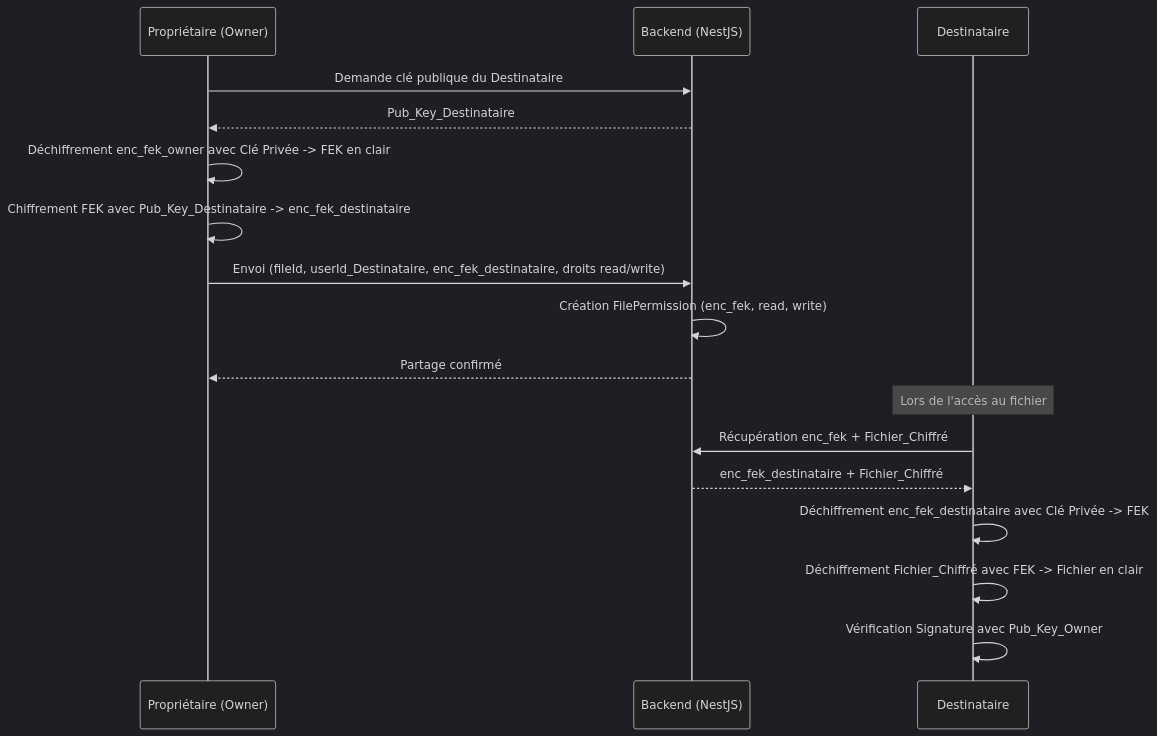
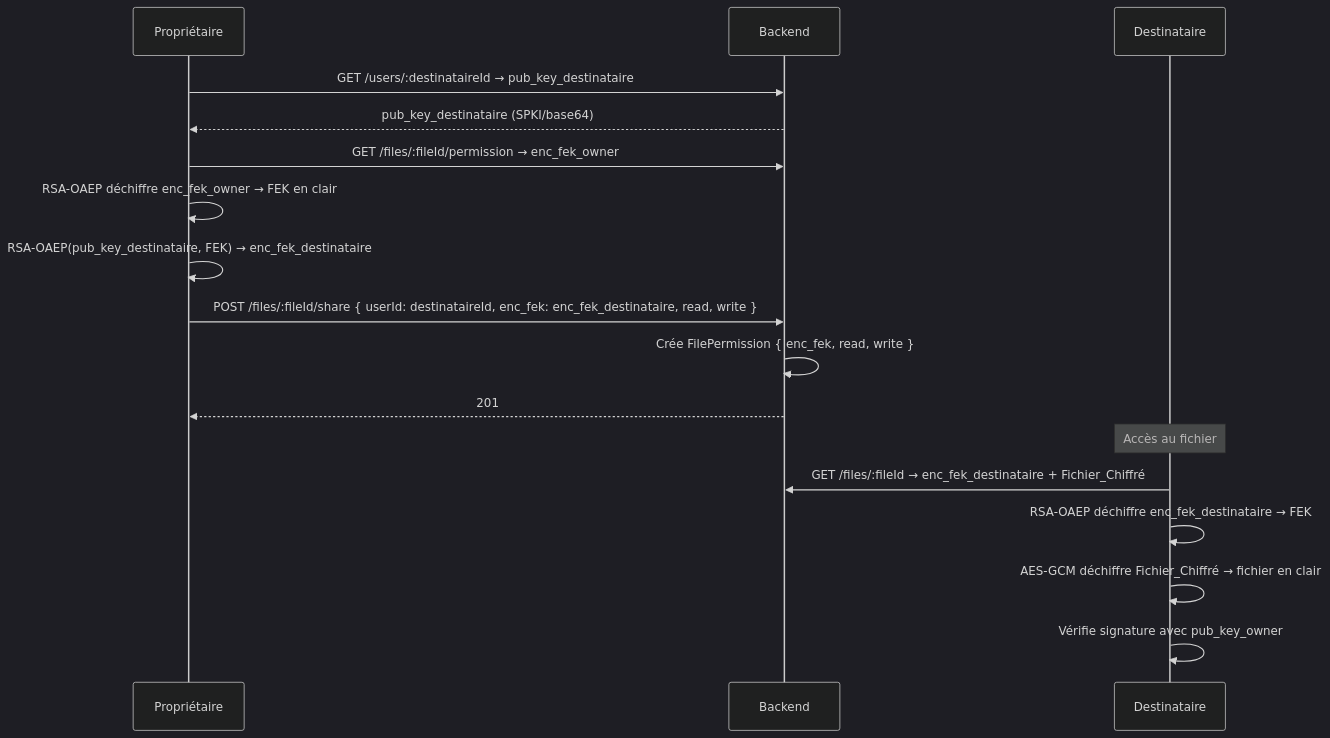
One commit to blind-storage/back-end changed the sixth of 10 diagrams in doc/crypto-flows.md. Above: the diagram before and after it, drawn with Mermaid (dark theme). The commit also changed other lines of this file and 2 other files, not shown here.

````diff
--- a/doc/crypto-flows.md
+++ b/doc/crypto-flows.md
@@ -85,20 +138,21 @@
 ```mermaid
 sequenceDiagram
-    participant O as Propriétaire (Owner)
-    participant B as Backend (NestJS)
+    participant O as Propriétaire
+    participant B as Backend
     participant D as Destinataire
 
-    O->>B: Demande clé publique du Destinataire
-    B-->>O: Pub_Key_Destinataire
-    O->>O: Déchiffrement enc_fek_owner avec Clé Privée -> FEK en clair
-    O->>O: Chiffrement FEK avec Pub_Key_Destinataire -> enc_fek_destinataire
-    O->>B: Envoi (fileId, userId_Destinataire, enc_fek_destinataire, droits read/write)
-    B->>B: Création FilePermission (enc_fek, read, write)
-    B-->>O: Partage confirmé
-    Note over D: Lors de l'accès au fichier
-    D->>B: Récupération enc_fek + Fichier_Chiffré
-    B-->>D: enc_fek_destinataire + Fichier_Chiffré
-    D->>D: Déchiffrement enc_fek_destinataire avec Clé Privée -> FEK
-    D->>D: Déchiffrement Fichier_Chiffré avec FEK -> Fichier en clair
-    D->>D: Vérification Signature avec Pub_Key_Owner
+    O->>B: GET /users/:destinataireId → pub_key_destinataire
+    B-->>O: pub_key_destinataire (SPKI/base64)
+    O->>B: GET /files/:fileId/permission → enc_fek_owner
+    O->>O: RSA-OAEP déchiffre enc_fek_owner → FEK en clair
+    O->>O: RSA-OAEP(pub_key_destinataire, FEK) → enc_fek_destinataire
+    O->>B: POST /files/:fileId/share { userId: destinataireId, enc_fek: enc_fek_destinataire, read, write }
+    B->>B: Crée FilePermission { enc_fek, read, write }
+    B-->>O: 201
+
+    Note over D: Accès au fichier
+    D->>B: GET /files/:fileId → enc_fek_destinataire + Fichier_Chiffré
+    D->>D: RSA-OAEP déchiffre enc_fek_destinataire → FEK
+    D->>D: AES-GCM déchiffre Fichier_Chiffré → fichier en clair
+    D->>D: Vérifie signature avec pub_key_owner
 ```
````
